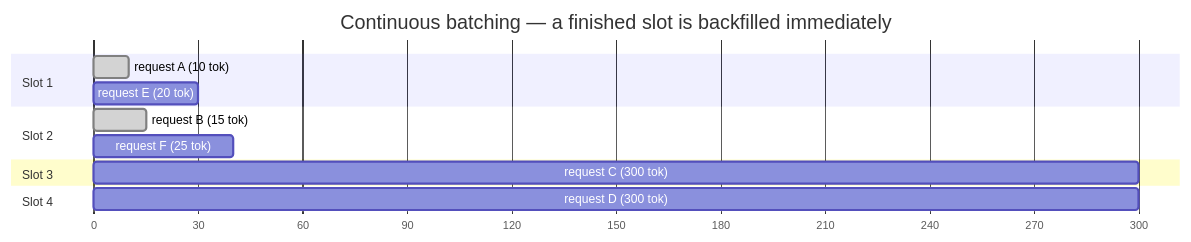
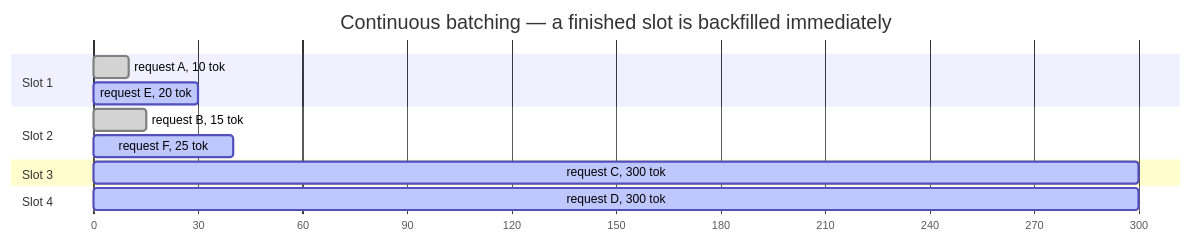
Before and after one commit to riyaz-pasha/Learnings: the fifth of 13 diagrams in system-design/HLD/0-course/42-Design-a-ChatGPT-System-FAANG-Guide-story.md, drawn with Mermaid. The commit also changed other lines of this file and 1 other file, not shown here.

Commit message:
[REWRITE] ChatGPT System story guide: simplify prose, add structure, fix diagrams

````diff
--- a/system-design/HLD/0-course/42-Design-a-ChatGPT-System-FAANG-Guide-story.md
+++ b/system-design/HLD/0-course/42-Design-a-ChatGPT-System-FAANG-Guide-story.md
@@ -111,16 +256,16 @@
 ```mermaid
 gantt
     dateFormat X
     axisFormat %s
     title Continuous batching — a finished slot is backfilled immediately
     section Slot 1
-    request A (10 tok) :done, a1, 0, 10
-    request E (20 tok) : a2, 10, 30
+    request A, 10 tok :done, a1, 0, 10
+    request E, 20 tok :active, a2, 10, 30
     section Slot 2
-    request B (15 tok) :done, b1, 0, 15
-    request F (25 tok) : b2, 15, 40
+    request B, 15 tok :done, b1, 0, 15
+    request F, 25 tok :active, b2, 15, 40
     section Slot 3
-    request C (300 tok) : c1, 0, 300
+    request C, 300 tok :active, c1, 0, 300
     section Slot 4
-    request D (300 tok) : d1, 0, 300
+    request D, 300 tok :active, d1, 0, 300
 ```
````
